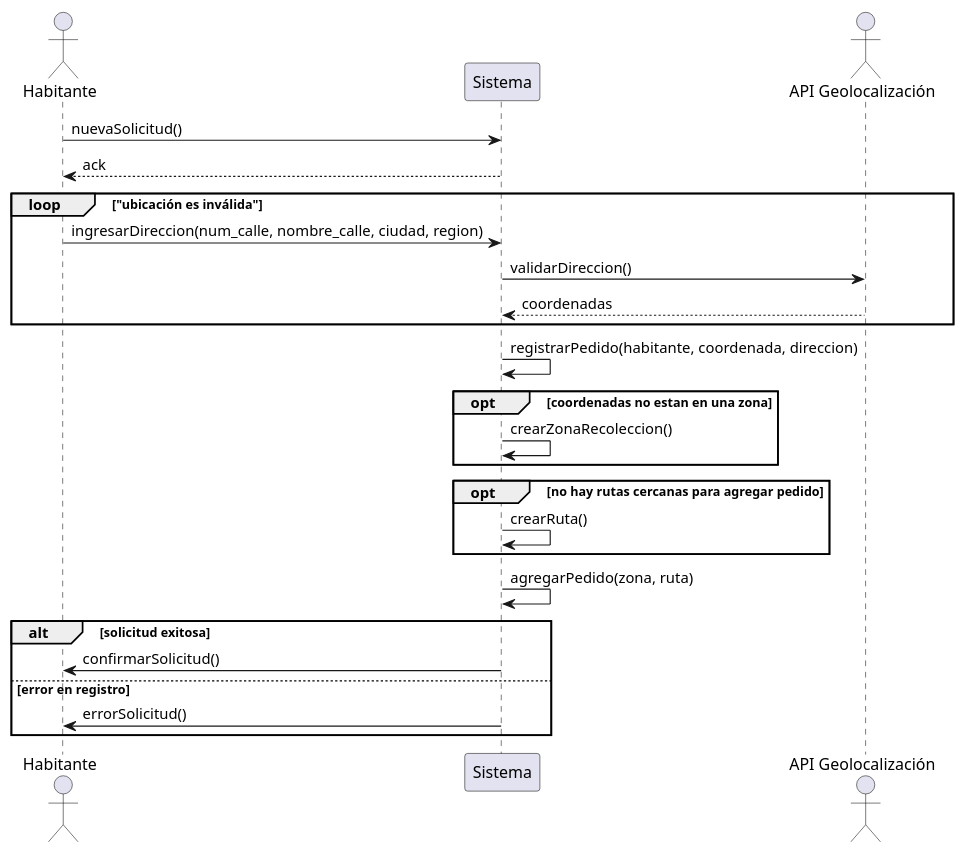
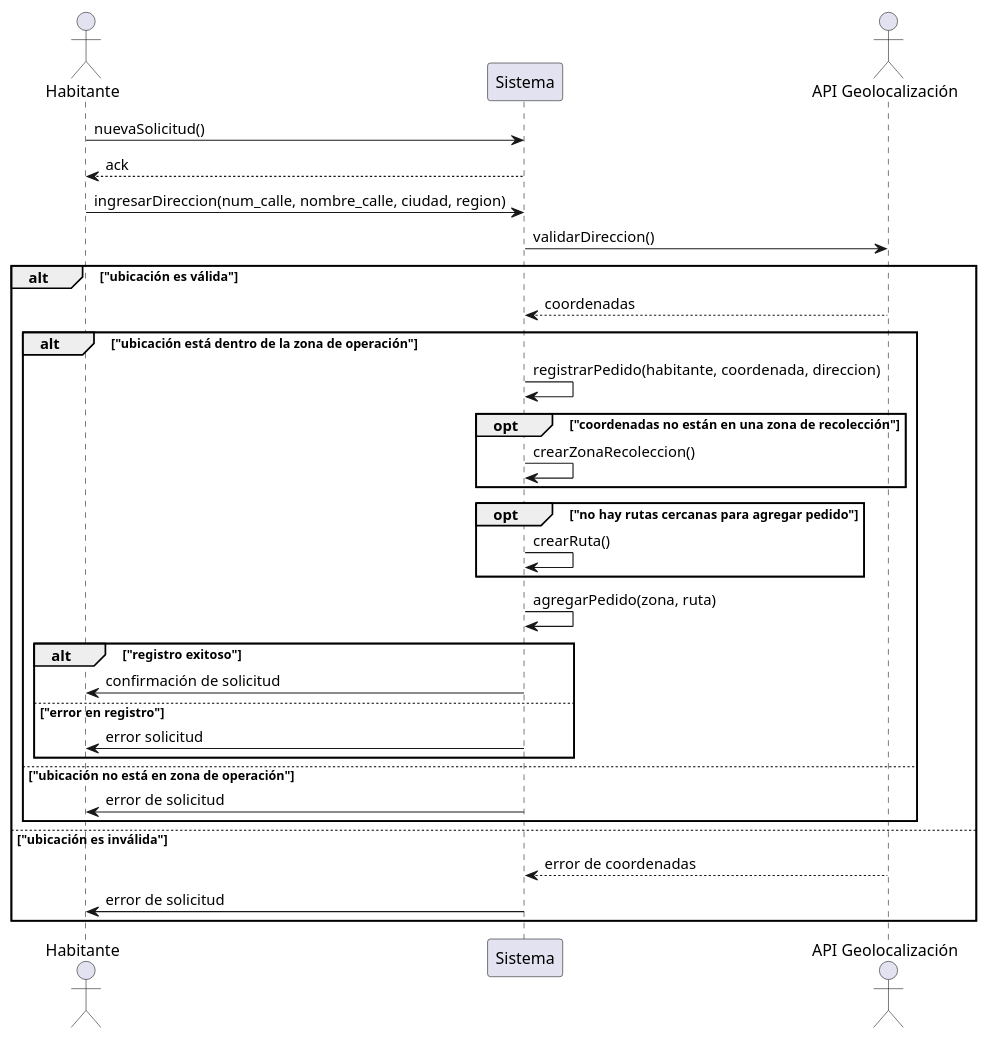
Before and after one commit to parlinhoo/ing-software1: the diagram in dss.puml, drawn with PlantUML.

Commit message:
DSS para UC1 actualizado

```diff
--- a/dss.puml
+++ b/dss.puml
@@ -1,34 +1,39 @@
 @startuml
 actor Habitante                 as Habitante
 participant Sistema             as Sistema
 actor "API Geolocalización"     as api_geo
 
 Habitante -> Sistema: nuevaSolicitud()
 Sistema --> Habitante: ack
+Habitante -> Sistema: ingresarDireccion(num_calle, nombre_calle, ciudad, region)
+Sistema -> api_geo: validarDireccion()
 
-loop "ubicación es inválida"
-    Habitante -> Sistema: ingresarDireccion(num_calle, nombre_calle, ciudad, region)
-    Sistema -> api_geo: validarDireccion()
-    api_geo --> Sistema: coordenadas
+alt "ubicación es válida"
+	api_geo --> Sistema: coordenadas
+	alt "ubicación está dentro de la zona de operación"
+		Sistema -> Sistema: registrarPedido(habitante, coordenada, direccion)
+		
+		opt "coordenadas no están en una zona de recolección"
+				Sistema -> Sistema: crearZonaRecoleccion()
+		end
+		
+		opt "no hay rutas cercanas para agregar pedido"
+				Sistema -> Sistema: crearRuta()
+		end
+		
+		Sistema -> Sistema: agregarPedido(zona, ruta)
+		
+		alt "registro exitoso"
+				Sistema -> Habitante: confirmación de solicitud
+		else "error en registro"
+				Sistema -> Habitante: error solicitud
+		end
+	else "ubicación no está en zona de operación"
+		Sistema -> Habitante: error de solicitud
+	end
+else "ubicación es inválida"
+	api_geo --> Sistema: error de coordenadas
+	Sistema -> Habitante: error de solicitud
 end
 
-Sistema -> Sistema: registrarPedido(habitante, coordenada, direccion)
-
-opt coordenadas no estan en una zona
-		Sistema -> Sistema: crearZonaRecoleccion()
-end
-
-opt no hay rutas cercanas para agregar pedido
-		Sistema -> Sistema: crearRuta()
-end
-
-Sistema -> Sistema: agregarPedido(zona, ruta)
-
-alt solicitud exitosa
-		Sistema -> Habitante: confirmarSolicitud()
-else error en registro
-		Sistema -> Habitante: errorSolicitud()
-end
-
-
 @enduml
```
